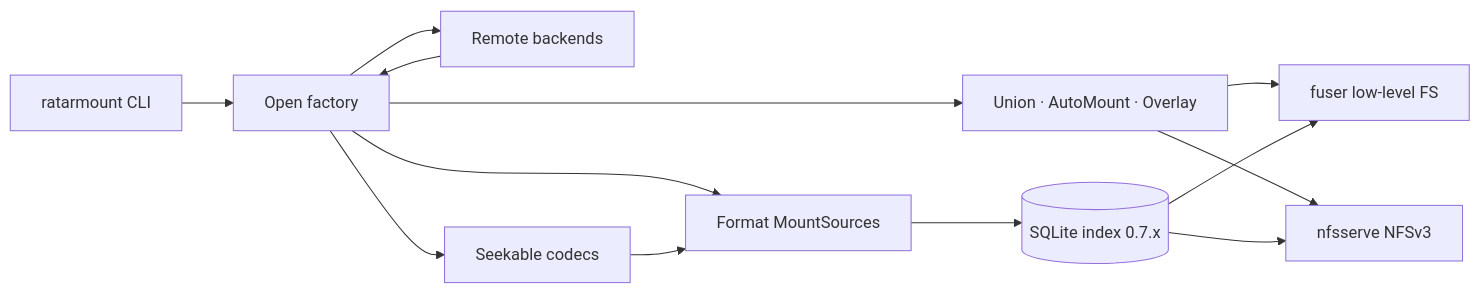
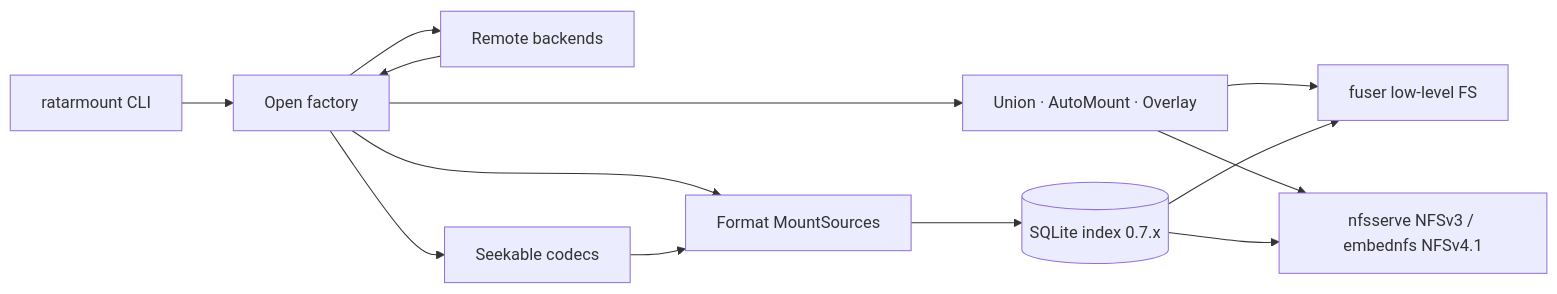
One commit to hilather/ratarmount-rs changed the diagram in README.md. Above: the diagram before and after it, drawn with Mermaid. The commit also changed other lines of this file and 11 other files, not shown here.

Commit message:
Export MountSource over NFSv4.1 with --nfs-vers 4 behind the nfsv4 feature.

````diff
--- a/README.md
+++ b/README.md
@@ -187,15 +189,15 @@
 ```mermaid
 flowchart LR
   CLI[ratarmount CLI] --> Factory[Open factory]
   Factory --> Remote[Remote backends]
   Factory --> Compress[Seekable codecs]
   Factory --> Formats[Format MountSources]
   Factory --> Composite[Union · AutoMount · Overlay]
   Formats --> Index[(SQLite index 0.7.x)]
   Composite --> FUSE[fuser low-level FS]
-  Composite --> NFS[nfsserve NFSv3]
+  Composite --> NFS[nfsserve NFSv3 / embednfs NFSv4.1]
   Index --> FUSE
   Index --> NFS
   Compress --> Formats
   Remote --> Factory
 ```
````
